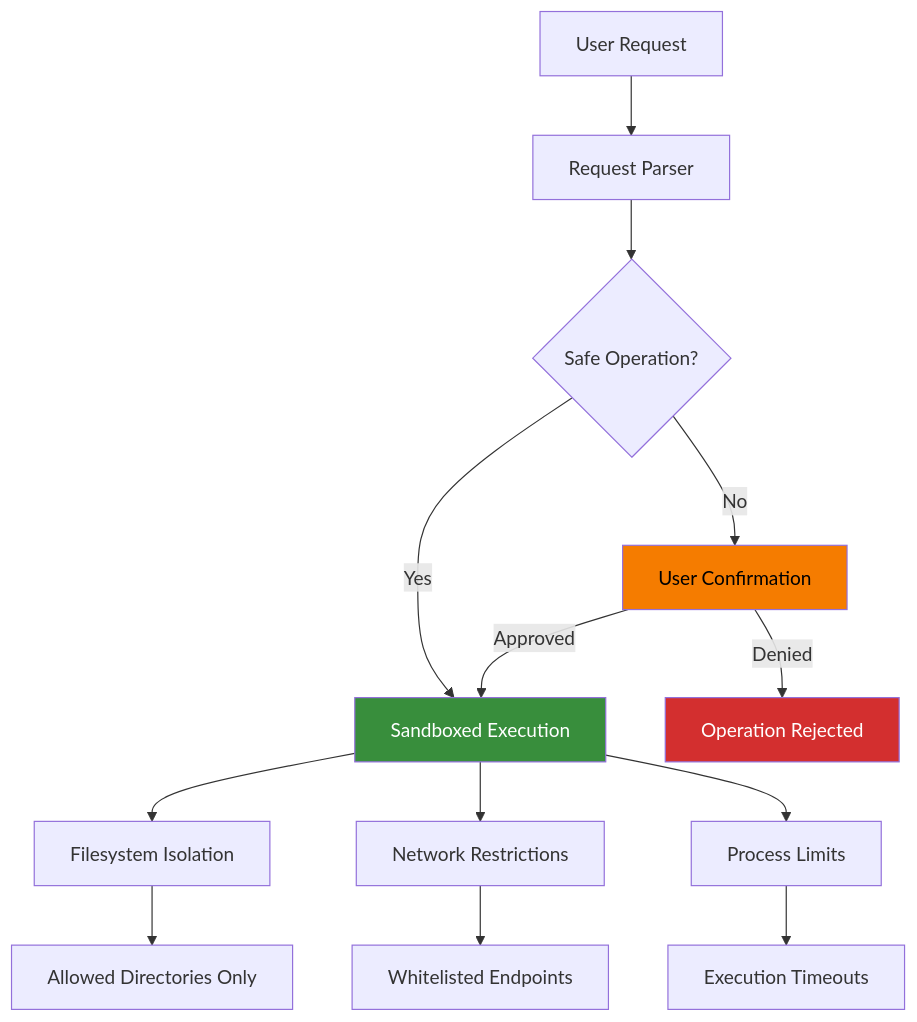
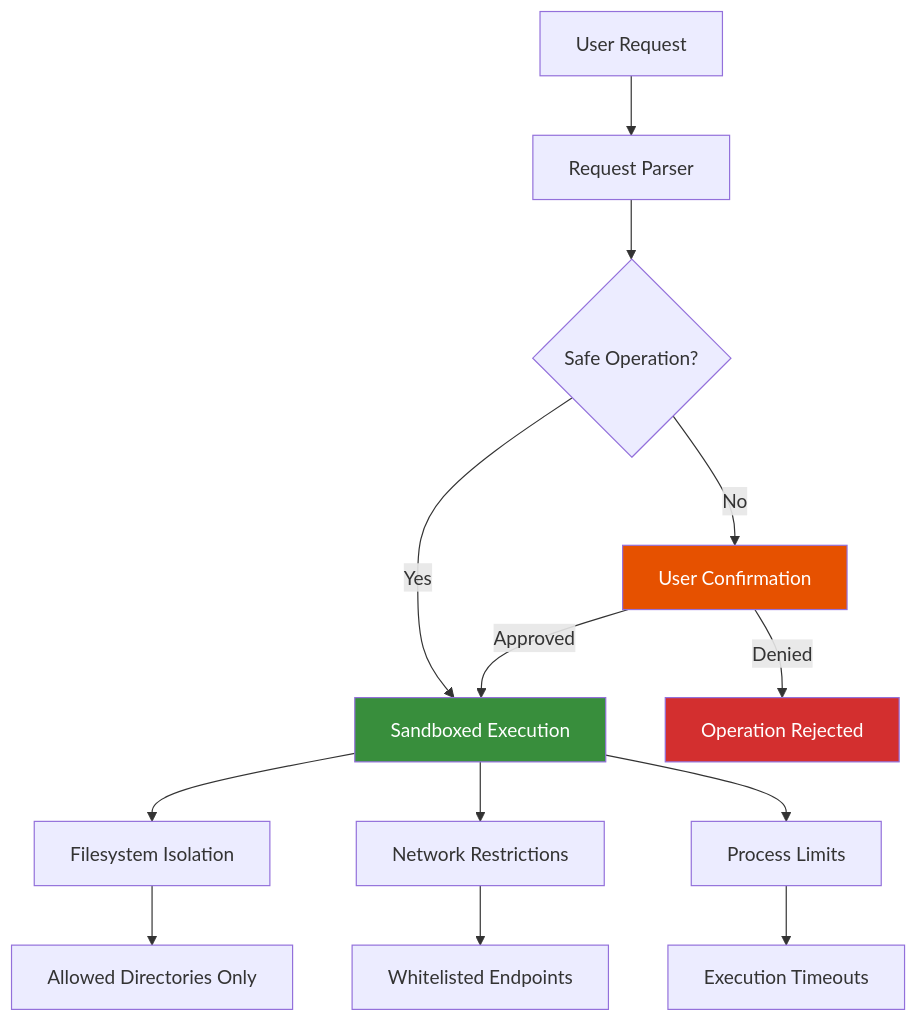
One commit to fwornle/agentic-ai-nano changed the tenth of 15 diagrams in docs-content/01_frameworks/Session1_ModuleD_Coding_Assistant_Case_Study.md. Above: the diagram before and after it, drawn with Mermaid. The commit also changed other lines of this file, not shown here.

````diff
--- a/docs-content/01_frameworks/Session1_ModuleD_Coding_Assistant_Case_Study.md
+++ b/docs-content/01_frameworks/Session1_ModuleD_Coding_Assistant_Case_Study.md
@@ -574,22 +574,22 @@
 ```mermaid
 graph TD
     USER[User Request] --> PARSER[Request Parser]
     PARSER --> SAFE{Safe Operation?}
     
     SAFE -->|Yes| SANDBOX[Sandboxed Execution]
     SAFE -->|No| CONFIRM[User Confirmation]
     CONFIRM -->|Approved| SANDBOX
     CONFIRM -->|Denied| REJECT[Operation Rejected]
     
     SANDBOX --> FS[Filesystem Isolation]
     SANDBOX --> NET[Network Restrictions]  
     SANDBOX --> PROC[Process Limits]
     
     FS --> ALLOWED[Allowed Directories Only]
     NET --> WHITELIST[Whitelisted Endpoints]
     PROC --> TIMEOUT[Execution Timeouts]
     
     style SANDBOX fill:#388E3C,color:#ffffff
-    style CONFIRM fill:#F57C00,color:#000000
+    style CONFIRM fill:#E65100,color:#ffffff
     style REJECT fill:#D32F2F,color:#ffffff
 ```
````
